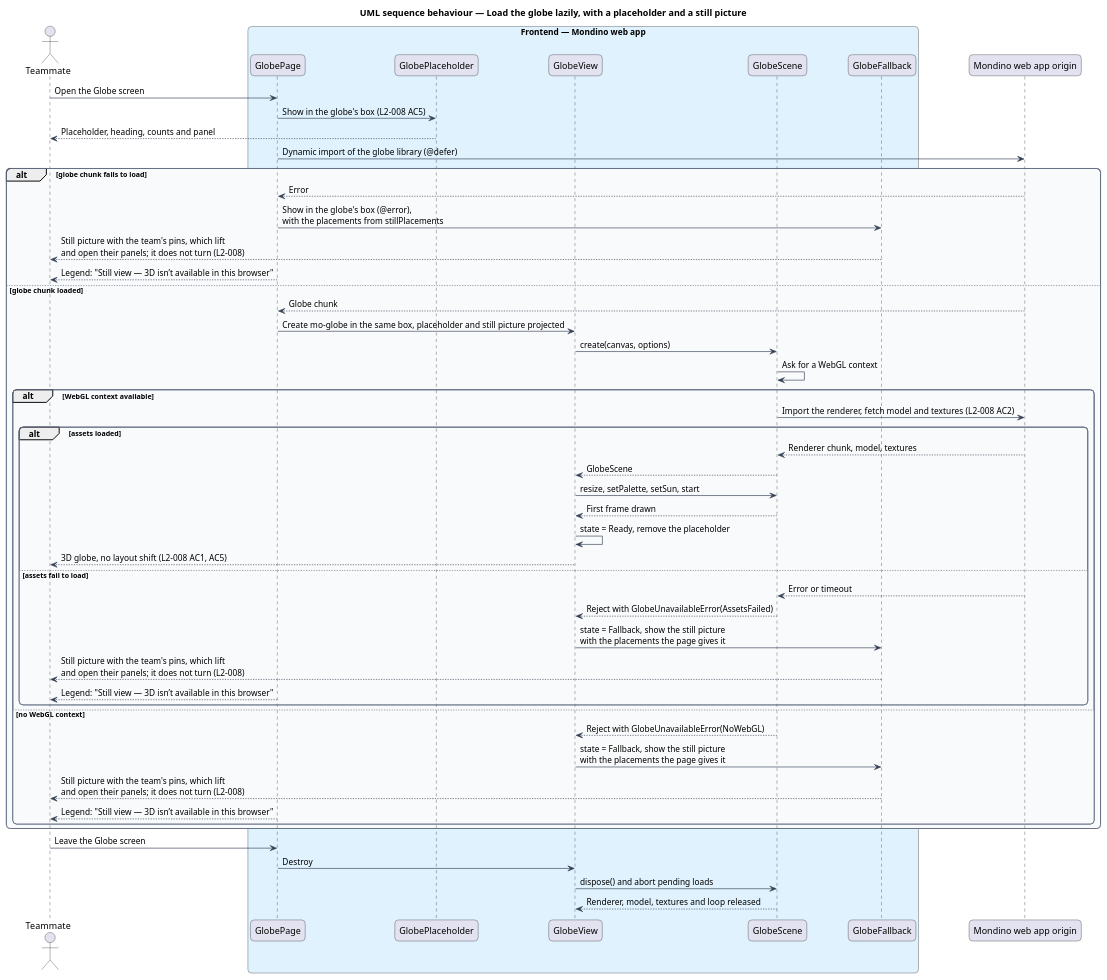
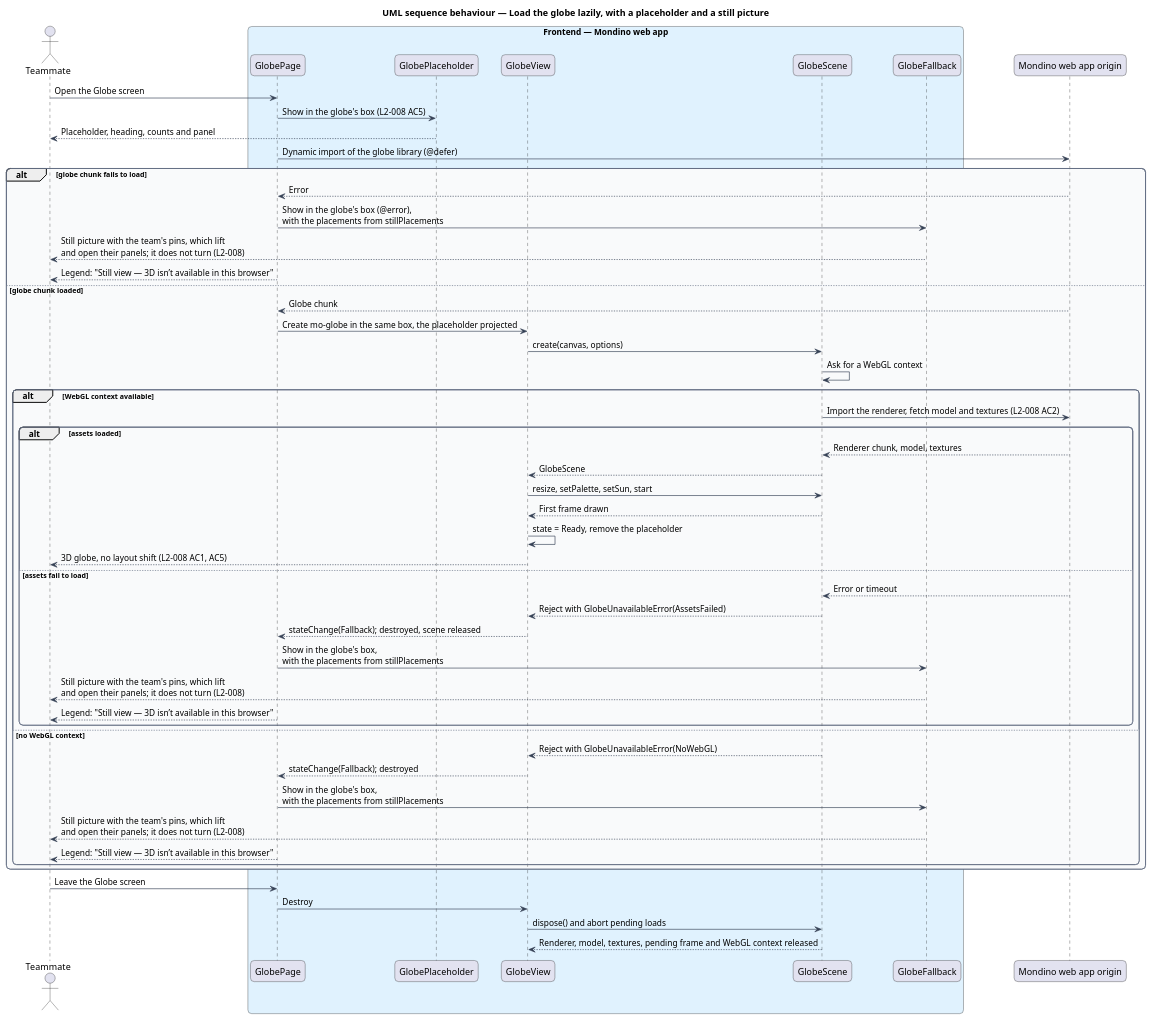
Before and after one commit to QuinntyneBrown/Mondino: the diagram in docs/detailed-designs/globe/draw-globe/diagrams/sequence-load-globe.puml, drawn with PlantUML. The commit also changed 32 other files, not shown here.

First line of the commit message:
Decide the globe's renderer and assets, and bring the requirements and design in line with the mocks

```diff
--- a/docs/detailed-designs/globe/draw-globe/diagrams/sequence-load-globe.puml
+++ b/docs/detailed-designs/globe/draw-globe/diagrams/sequence-load-globe.puml
@@ -1,67 +1,69 @@
 @startuml
 title UML sequence behaviour — Load the globe lazily, with a placeholder and a still picture
 skinparam backgroundColor #FFFFFF
 skinparam shadowing false
 skinparam roundcorner 12
 skinparam defaultFontName Arial
 skinparam ArrowColor #344054
 skinparam rectangle {
   BorderColor #344054
   FontColor #101828
 }
 skinparam package {
   BorderColor #667085
   FontColor #101828
   BackgroundColor #F9FAFB
 }
 actor "Teammate" as actor
 box "Frontend — Mondino web app" #E0F2FE
   participant "GlobePage" as page
   participant "GlobePlaceholder" as placeholder
   participant "GlobeView" as view
   participant "GlobeScene" as scene
   participant "GlobeFallback" as fallback
 end box
 participant "Mondino web app origin" as origin
 actor -> page : Open the Globe screen
 page -> placeholder : Show in the globe's box (L2-008 AC5)
 placeholder --> actor : Placeholder, heading, counts and panel
 page -> origin : Dynamic import of the globe library (@defer)
 alt globe chunk fails to load
   origin --> page : Error
   page -> fallback : Show in the globe's box (@error),\nwith the placements from stillPlacements
   fallback --> actor : Still picture with the team's pins, which lift\nand open their panels; it does not turn (L2-008)
   page --> actor : Legend: "Still view — 3D isn’t available in this browser"
 else globe chunk loaded
 origin --> page : Globe chunk
-page -> view : Create mo-globe in the same box, placeholder and still picture projected
+page -> view : Create mo-globe in the same box, the placeholder projected
 view -> scene : create(canvas, options)
 scene -> scene : Ask for a WebGL context
 alt WebGL context available
   scene -> origin : Import the renderer, fetch model and textures (L2-008 AC2)
   alt assets loaded
     origin --> scene : Renderer chunk, model, textures
     scene --> view : GlobeScene
     view -> scene : resize, setPalette, setSun, start
     scene --> view : First frame drawn
     view -> view : state = Ready, remove the placeholder
     view --> actor : 3D globe, no layout shift (L2-008 AC1, AC5)
   else assets fail to load
     origin --> scene : Error or timeout
     scene --> view : Reject with GlobeUnavailableError(AssetsFailed)
-    view -> fallback : state = Fallback, show the still picture\nwith the placements the page gives it
+    view --> page : stateChange(Fallback); destroyed, scene released
+    page -> fallback : Show in the globe's box,\nwith the placements from stillPlacements
     fallback --> actor : Still picture with the team's pins, which lift\nand open their panels; it does not turn (L2-008)
     page --> actor : Legend: "Still view — 3D isn’t available in this browser"
   end
 else no WebGL context
   scene --> view : Reject with GlobeUnavailableError(NoWebGL)
-  view -> fallback : state = Fallback, show the still picture\nwith the placements the page gives it
+  view --> page : stateChange(Fallback); destroyed
+  page -> fallback : Show in the globe's box,\nwith the placements from stillPlacements
   fallback --> actor : Still picture with the team's pins, which lift\nand open their panels; it does not turn (L2-008)
   page --> actor : Legend: "Still view — 3D isn’t available in this browser"
 end
 end
 actor -> page : Leave the Globe screen
 page -> view : Destroy
 view -> scene : dispose() and abort pending loads
-scene --> view : Renderer, model, textures and loop released
+scene --> view : Renderer, model, textures, pending frame and WebGL context released
 @enduml
```
